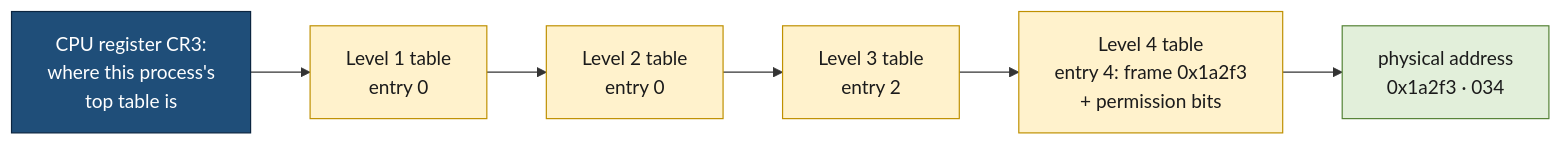
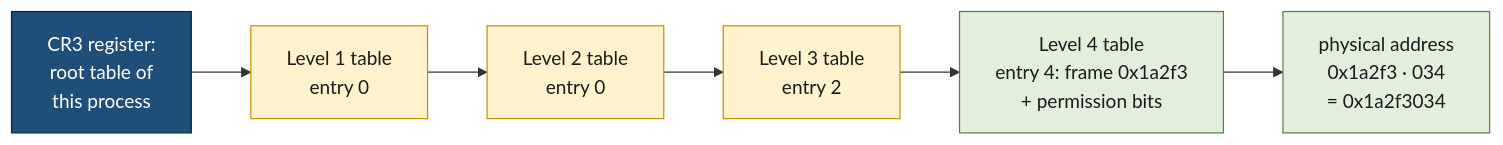
One commit to IhebBelhadj/second_brain changed the sixth of 9 diagrams in Areas/Operating systems/Memory/Virtual memory.md. Above: the diagram before and after it, drawn with Mermaid. The commit also changed other lines of this file and 2 other files, not shown here.

````diff
--- a/Areas/Operating systems/Memory/Virtual memory.md
+++ b/Areas/Operating systems/Memory/Virtual memory.md
@@ -274,14 +368,14 @@
 ```mermaid
 flowchart LR
-    CR3["CPU register CR3:<br/>where this process's<br/>top table is"] --> L1["Level 1 table<br/>entry 0"]
+    CR3["CR3 register:<br/>root table of<br/>this process"] --> L1["Level 1 table<br/>entry 0"]
     L1 --> L2["Level 2 table<br/>entry 0"]
     L2 --> L3["Level 3 table<br/>entry 2"]
     L3 --> L4["Level 4 table<br/>entry 4: frame 0x1a2f3<br/>+ permission bits"]
-    L4 --> PA["physical address<br/>0x1a2f3 · 034"]
+    L4 --> PA["physical address<br/>0x1a2f3 · 034<br/>= 0x1a2f3034"]
     classDef reg fill:#1f4e79,stroke:#0b2540,color:#ffffff
     classDef table fill:#fff2cc,stroke:#bf9000,color:#1b1b1b
     classDef out fill:#e2efda,stroke:#548235,color:#1b1b1b
     class CR3 reg
-    class L1,L2,L3,L4 table
-    class PA out
+    class L1,L2,L3 table
+    class L4,PA out
 ```
````
